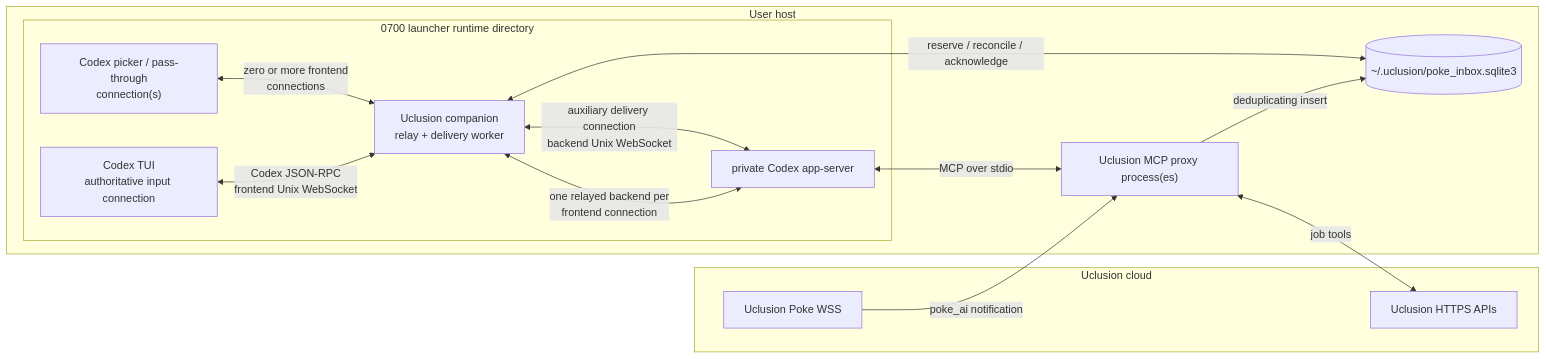
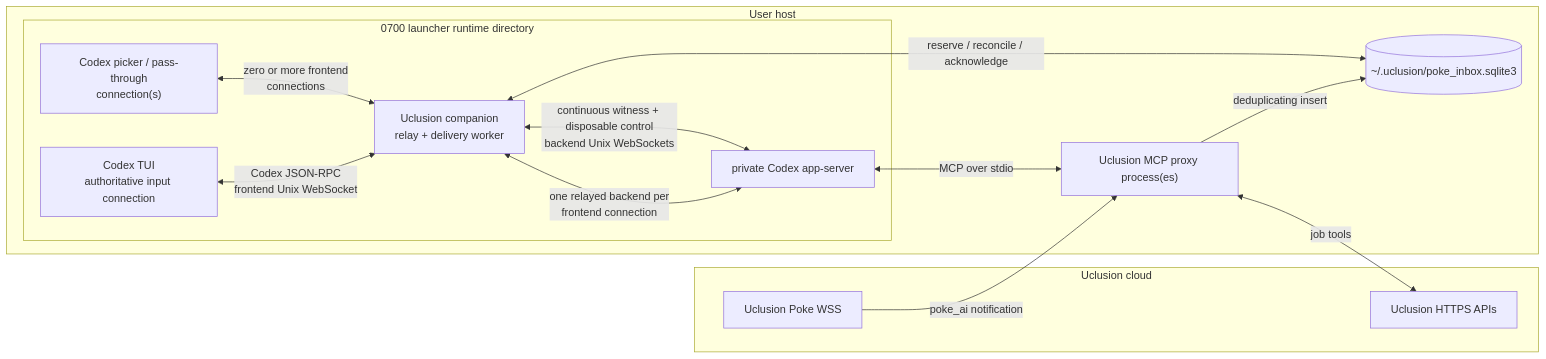
One commit to Uclusion/uclusion_web_ui changed the first of 3 diagrams in public/scripts/UCLUSION_CODEX_BRIDGE.md. Above: the diagram before and after it, drawn with Mermaid. The commit also changed other lines of this file and 3 other files, not shown here.

````diff
--- a/public/scripts/UCLUSION_CODEX_BRIDGE.md
+++ b/public/scripts/UCLUSION_CODEX_BRIDGE.md
@@ -36,30 +36,30 @@
 ```mermaid
 flowchart LR
     subgraph Cloud["Uclusion cloud"]
         UWSS["Uclusion Poke WSS"]
         UHTTP["Uclusion HTTPS APIs"]
     end
 
     subgraph Host["User host"]
         Proxy["Uclusion MCP proxy process(es)"]
         Inbox[("~/.uclusion/poke_inbox.sqlite3")]
 
         subgraph Runtime["0700 launcher runtime directory"]
             TUI["Codex TUI<br/>authoritative input connection"]
             Picker["Codex picker / pass-through<br/>connection(s)"]
             Companion["Uclusion companion<br/>relay + delivery worker"]
             AppServer["private Codex app-server"]
 
             TUI <-->|"Codex JSON-RPC<br/>frontend Unix WebSocket"| Companion
             Picker <-->|"zero or more frontend<br/>connections"| Companion
             Companion <-->|"one relayed backend per<br/>frontend connection"| AppServer
-            Companion <-->|"auxiliary delivery connection<br/>backend Unix WebSocket"| AppServer
+            Companion <-->|"continuous witness + disposable control<br/>backend Unix WebSockets"| AppServer
         end
     end
 
     UWSS -->|"poke_ai notification"| Proxy
     Proxy -->|"deduplicating insert"| Inbox
     Companion <-->|"reserve / reconcile / acknowledge"| Inbox
     AppServer <-->|"MCP over stdio"| Proxy
     Proxy <-->|"job tools"| UHTTP
 ```
````
